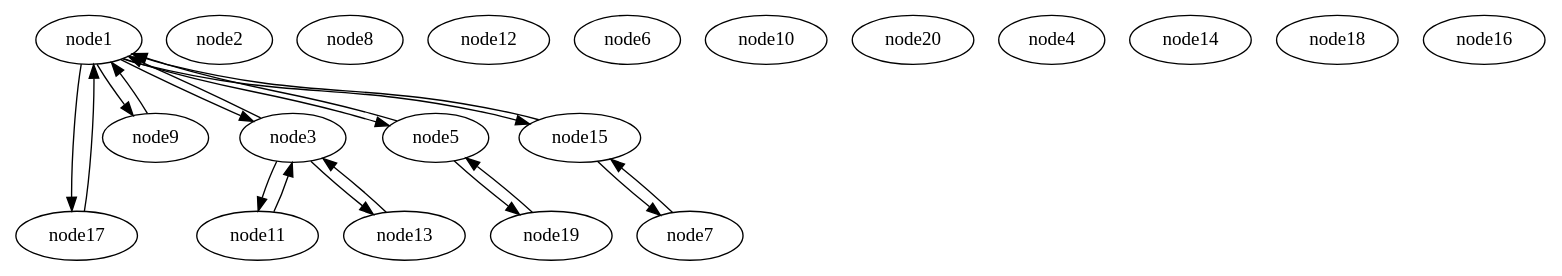
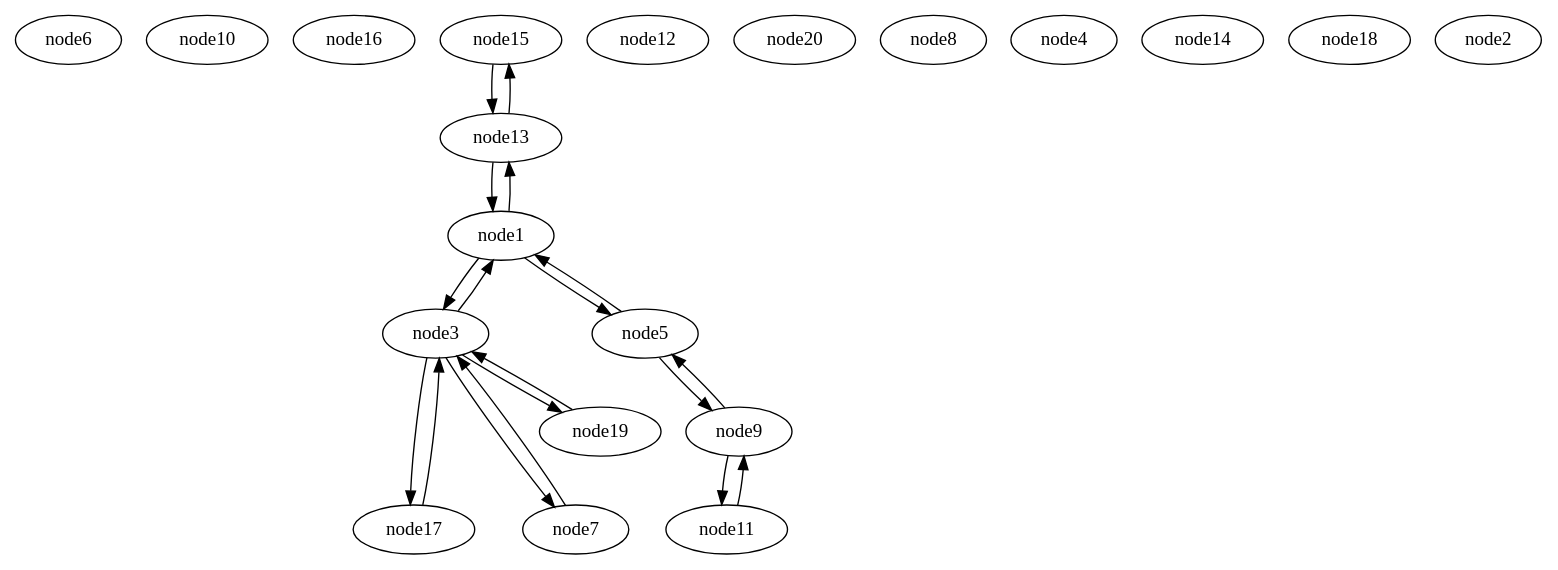
One commit to c12s/plumtree changed the diagram in graphs/tree_t1_after.gv. Above: the diagram before and after it, drawn with Graphviz. The commit also changed 12 other files, not shown here.

```diff
--- a/graphs/tree_t1_after.gv
+++ b/graphs/tree_t1_after.gv
@@ -1,80 +1,80 @@
 strict digraph {
 
 
+	"node6" [  weight=0 ];
+
+	"node10" [  weight=0 ];
+
+	"node16" [  weight=0 ];
+
+	"node15" [  weight=0 ];
+
+	"node15" -> "node13" [  weight=0 ];
+
+	"node17" [  weight=0 ];
+
+	"node17" -> "node3" [  weight=0 ];
+
+	"node9" [  weight=0 ];
+
+	"node9" -> "node5" [  weight=0 ];
+
+	"node9" -> "node11" [  weight=0 ];
+
+	"node12" [  weight=0 ];
+
 	"node1" [  weight=0 ];
 
-	"node1" -> "node17" [  weight=0 ];
+	"node1" -> "node5" [  weight=0 ];
 
-	"node1" -> "node9" [  weight=0 ];
+	"node1" -> "node13" [  weight=0 ];
 
 	"node1" -> "node3" [  weight=0 ];
 
-	"node1" -> "node5" [  weight=0 ];
+	"node7" [  weight=0 ];
 
-	"node1" -> "node15" [  weight=0 ];
+	"node7" -> "node3" [  weight=0 ];
 
-	"node2" [  weight=0 ];
+	"node20" [  weight=0 ];
+
+	"node8" [  weight=0 ];
+
+	"node3" [  weight=0 ];
+
+	"node3" -> "node7" [  weight=0 ];
+
+	"node3" -> "node19" [  weight=0 ];
+
+	"node3" -> "node1" [  weight=0 ];
+
+	"node3" -> "node17" [  weight=0 ];
 
 	"node11" [  weight=0 ];
 
-	"node11" -> "node3" [  weight=0 ];
-
-	"node8" [  weight=0 ];
-
-	"node12" [  weight=0 ];
-
-	"node15" [  weight=0 ];
-
-	"node15" -> "node1" [  weight=0 ];
-
-	"node15" -> "node7" [  weight=0 ];
-
-	"node19" [  weight=0 ];
-
-	"node19" -> "node5" [  weight=0 ];
-
-	"node6" [  weight=0 ];
-
-	"node9" [  weight=0 ];
-
-	"node9" -> "node1" [  weight=0 ];
-
-	"node10" [  weight=0 ];
-
-	"node20" [  weight=0 ];
+	"node11" -> "node9" [  weight=0 ];
 
 	"node4" [  weight=0 ];
 
 	"node5" [  weight=0 ];
 
 	"node5" -> "node1" [  weight=0 ];
 
-	"node5" -> "node19" [  weight=0 ];
-
-	"node17" [  weight=0 ];
-
-	"node17" -> "node1" [  weight=0 ];
+	"node5" -> "node9" [  weight=0 ];
 
 	"node14" [  weight=0 ];
 
+	"node18" [  weight=0 ];
+
 	"node13" [  weight=0 ];
 
-	"node13" -> "node3" [  weight=0 ];
+	"node13" -> "node1" [  weight=0 ];
 
-	"node3" [  weight=0 ];
+	"node13" -> "node15" [  weight=0 ];
 
-	"node3" -> "node11" [  weight=0 ];
+	"node19" [  weight=0 ];
 
-	"node3" -> "node1" [  weight=0 ];
+	"node19" -> "node3" [  weight=0 ];
 
-	"node3" -> "node13" [  weight=0 ];
-
-	"node7" [  weight=0 ];
-
-	"node7" -> "node15" [  weight=0 ];
-
-	"node18" [  weight=0 ];
-
-	"node16" [  weight=0 ];
+	"node2" [  weight=0 ];
 
 }
```
